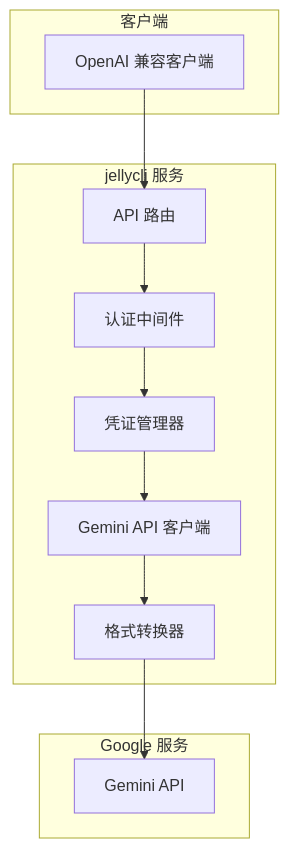
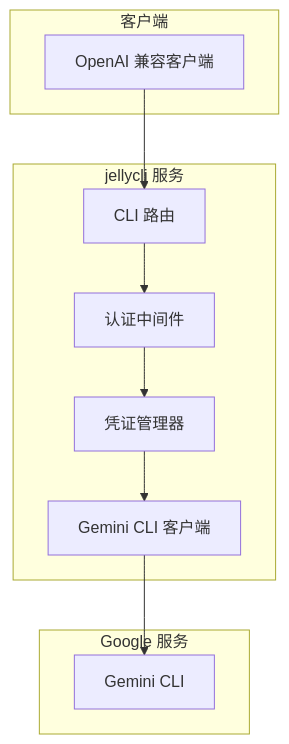
One commit to wyeeeee/jellycli changed the diagram in README.md. Above: the diagram before and after it, drawn with Mermaid. The commit also changed other lines of this file, not shown here.

First line of the commit message:
feat: 更新 README.md 以反映项目功能从 API 转换到 CLI 反向代理的转变

````diff
--- a/README.md
+++ b/README.md
@@ -21,25 +21,23 @@
 ```mermaid
 graph TB
     subgraph "客户端"
         C[OpenAI 兼容客户端]
     end
     
     subgraph "jellycli 服务"
         A[认证中间件]
-        B[API 路由]
+        B[CLI 路由]
         D[凭证管理器]
-        E[Gemini API 客户端]
-        F[格式转换器]
+        E[Gemini CLI 客户端]
     end
     
     subgraph "Google 服务"
-        G[Gemini API]
+        G[Gemini CLI]
     end
     
     C --> B
     B --> A
     A --> D
     D --> E
-    E --> F
-    F --> G
+    E --> G
 ```
````
